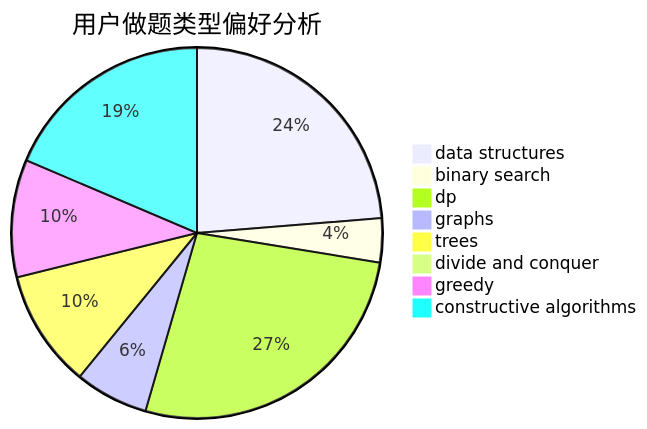
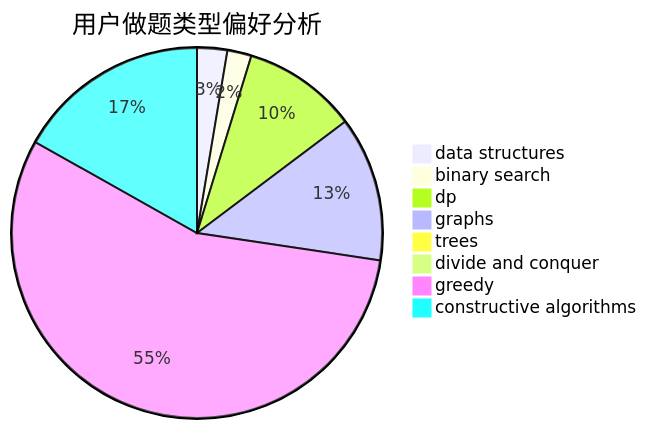
One commit to sherpahu/cfrs.github.io changed the second of 3 diagrams in docs/user/u2258.md. Above: the diagram before and after it, drawn with Mermaid. The commit also changed other lines of this file and 2770 other files, not shown here.

````diff
--- a/docs/user/u2258.md
+++ b/docs/user/u2258.md
@@ -23,11 +23,11 @@
 ```mermaid
 pie title 用户做题类型偏好分析
-    "data structures" :  37
-    "binary search" :  6
-    "dp" :  42
-    "graphs" :  10
-    "trees" :  16
-    "divide and conquer" :  0
-    "greedy" :  16
-    "constructive algorithms" :  29
+    "data structures" :  5
+    "binary search" :  4
+    "dp" :  19
+    "graphs" :  24
+    "trees" :  0
+    "divide and conquer" :  1
+    "greedy" :  106
+    "constructive algorithms" :  32
 ```
````
